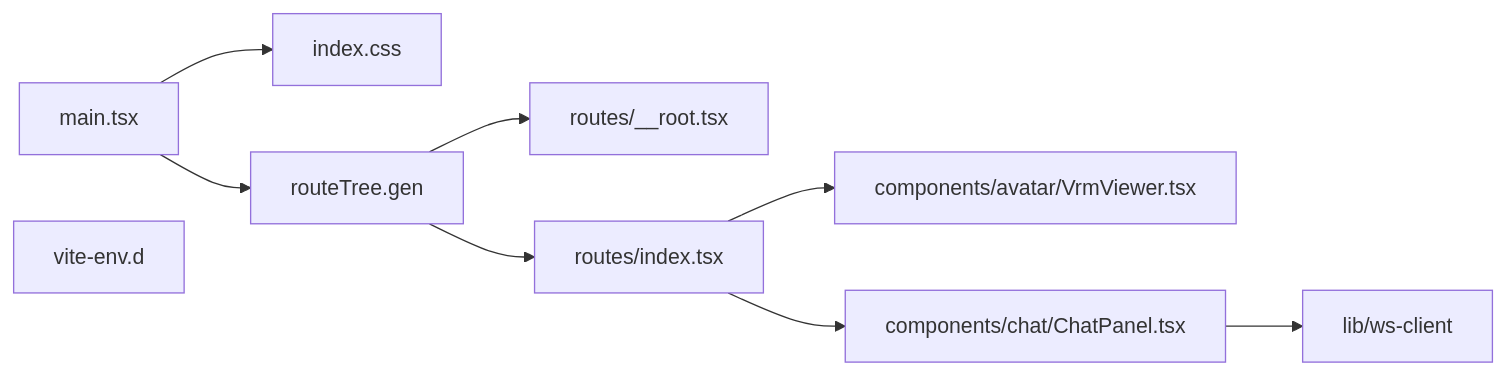
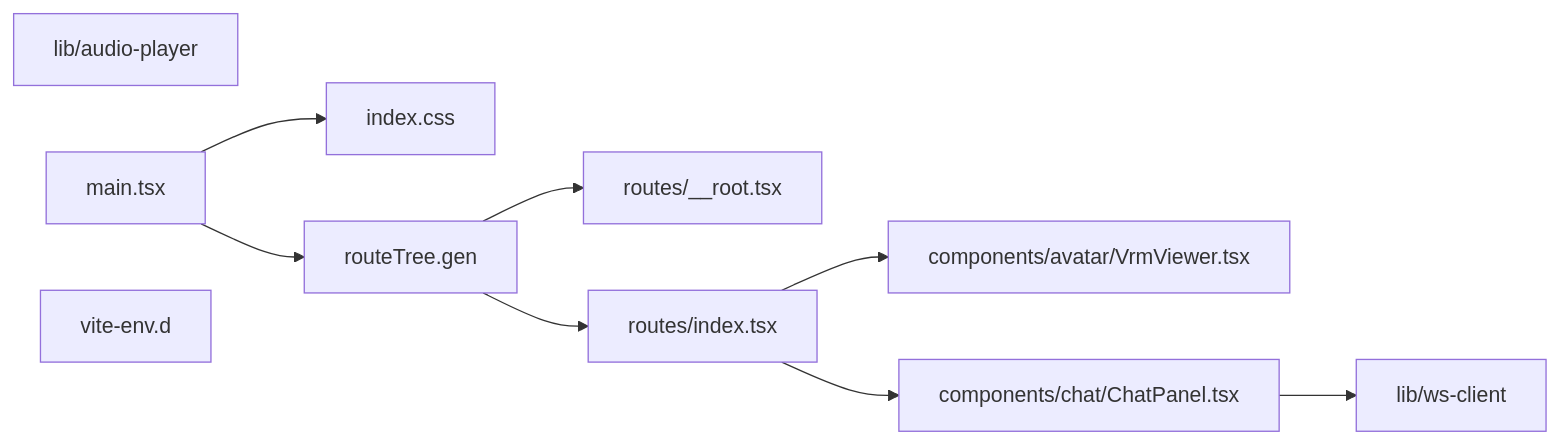
One commit to OJII3/vicissitude changed the diagram in apps/web/DEPS.md. Above: the diagram before and after it, drawn with Mermaid. The commit also changed other lines of this file and 3 other files, not shown here.

First line of the commit message:
feat: AudioPlayer クラスを新規作成

````diff
--- a/apps/web/DEPS.md
+++ b/apps/web/DEPS.md
@@ -7,15 +7,16 @@
 ```mermaid
 graph LR
   components_avatar_VrmViewer.tsx["components/avatar/VrmViewer.tsx"]
   components_chat_ChatPanel.tsx["components/chat/ChatPanel.tsx"] --> lib_ws_client["lib/ws-client"]
   index.css
+  lib_audio_player["lib/audio-player"]
   lib_ws_client["lib/ws-client"]
   main.tsx --> index.css
   main.tsx --> routeTree.gen
   routeTree.gen --> routes___root.tsx["routes/__root.tsx"]
   routeTree.gen --> routes_index.tsx["routes/index.tsx"]
   routes___root.tsx["routes/__root.tsx"]
   routes_index.tsx["routes/index.tsx"] --> components_avatar_VrmViewer.tsx["components/avatar/VrmViewer.tsx"]
   routes_index.tsx["routes/index.tsx"] --> components_chat_ChatPanel.tsx["components/chat/ChatPanel.tsx"]
   vite_env.d["vite-env.d"]
 ```
````
